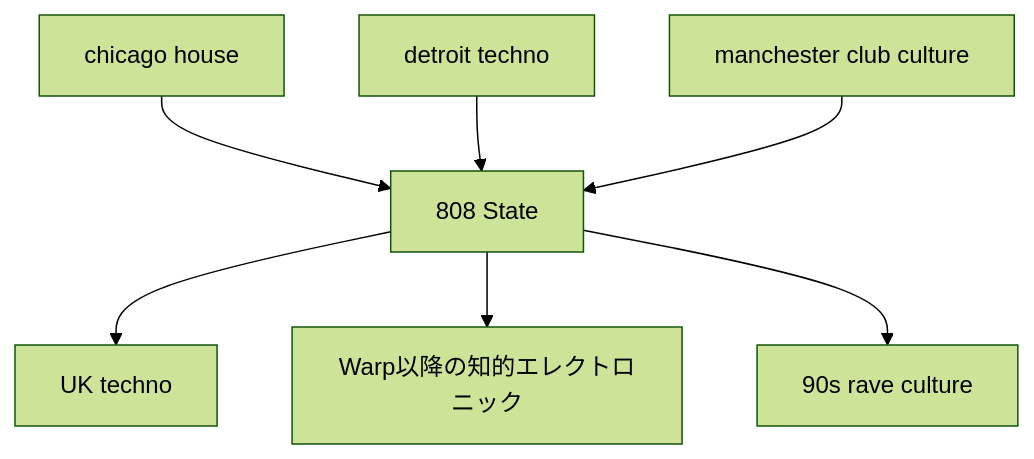
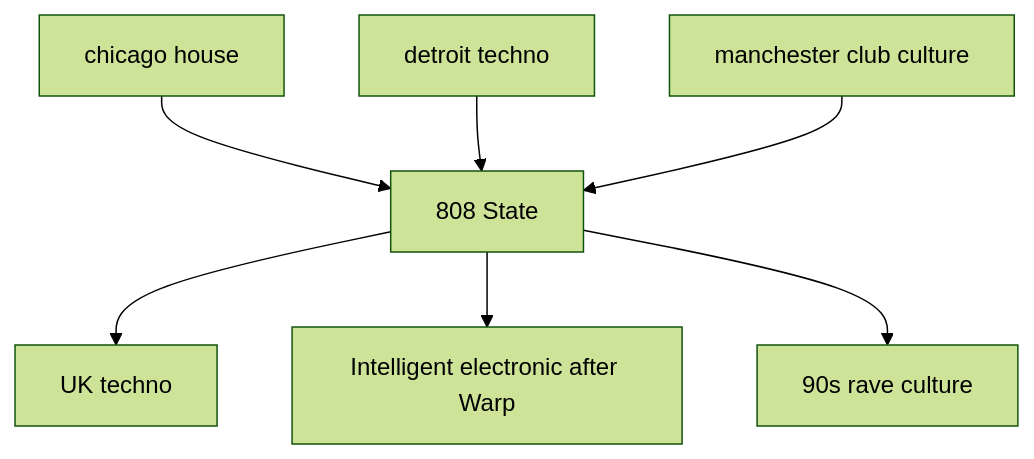
One commit to monumental-movement/monumental-movement.github.io changed the first of 17 diagrams in en/_posts/2026-05-24-column-808-state.md. Above: the diagram before and after it, drawn with Mermaid (forest theme). The commit also changed other lines of this file and 851 other files, not shown here.

```diff
--- a/en/_posts/2026-05-24-column-808-state.md
+++ b/en/_posts/2026-05-24-column-808-state.md
@@ -49,9 +49,9 @@
 <div class="mermaid">
 graph TD
 A[chicago house] --> D[808 State]
 B[detroit techno] --> D
 C[manchester club culture] --> D
 D --> E[UK techno]
-D --> F[Warp以降の知的エレクトロニック]
+D --> F[Intelligent electronic after Warp]
 D --> G[90s rave culture]
 </div>
```
